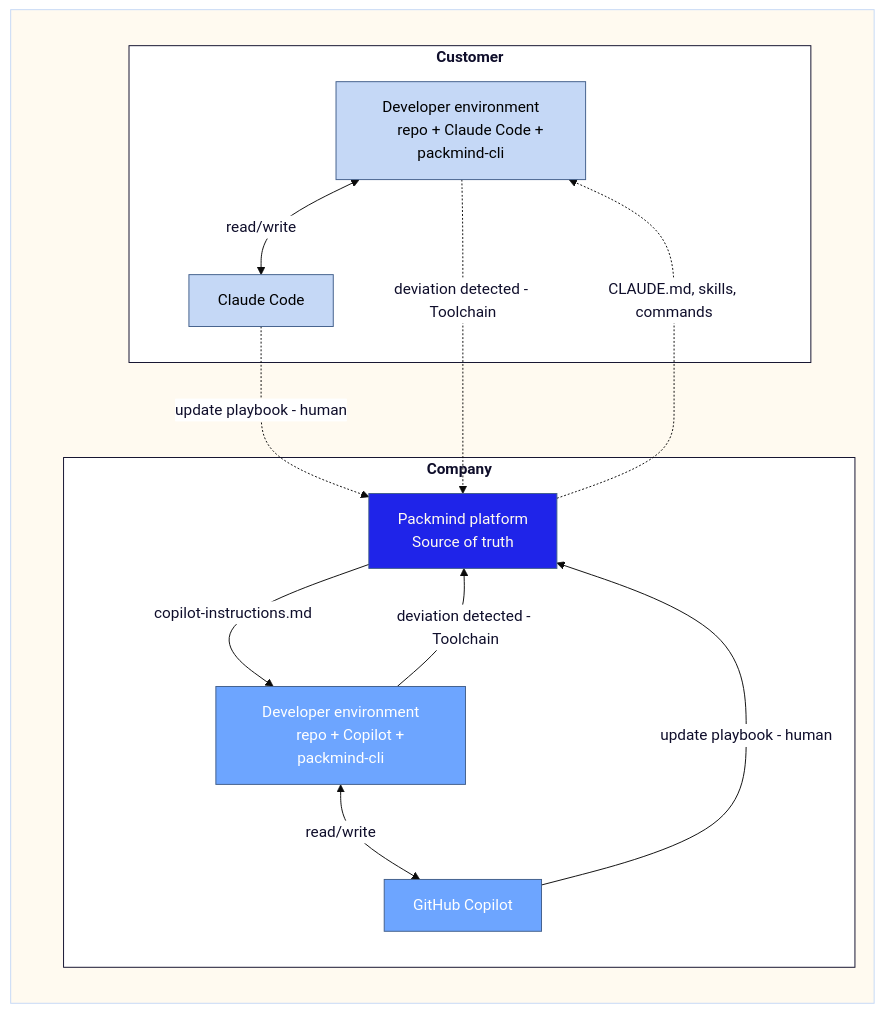
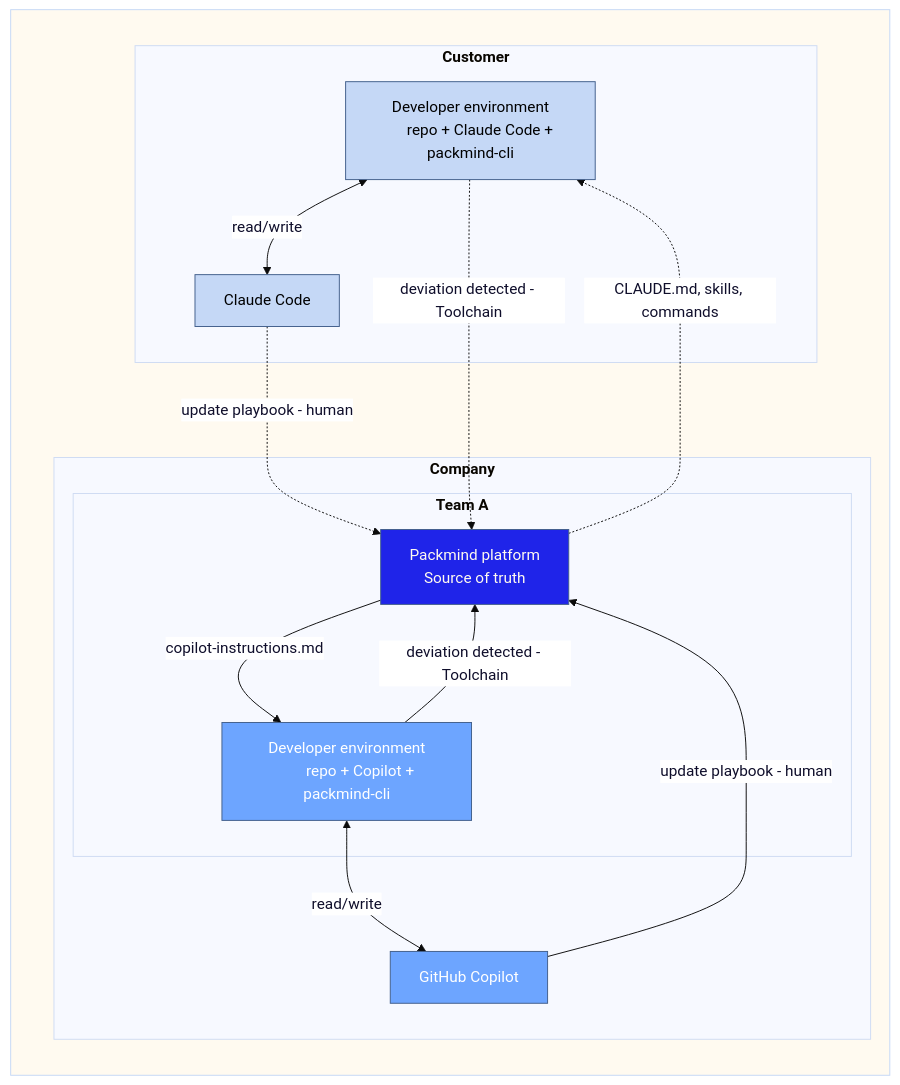
Before and after one commit to gino1902/chief-of-droids: the first of 2 diagrams in shared/elevate-theme/elevate-mermaid.md, drawn with Mermaid. The commit also changed other lines of this file, not shown here.

Commit message:
feat(elevate-theme): add cluster depth convention, fix class hierarchy v1.7

````diff
--- a/shared/elevate-theme/elevate-mermaid.md
+++ b/shared/elevate-theme/elevate-mermaid.md
@@ -28,41 +28,45 @@
 ```mermaid
 %%{init: {"theme": "base", "themeVariables": {"edgeLabelBackground": "#FFFFFF"}}}%%
 flowchart LR
-  classDef main      fill:#FFFAF0,color:#FFFAF0,stroke:#C5D8F6
-  classDef primary   fill:#1F24E9,color:#FFFAF0,stroke:#425F8B
-  classDef secondary fill:#6DA5FF,color:#FFFFFF,stroke:#425F8B
-  classDef tertiary  fill:#C5D8F6,color:#000000,stroke:#425F8B
-  classDef cluster   fill:#FFFFFF,color:#0F0E2B,stroke:#0F0E2B
-  classDef ytbc      fill:#D9E4F0,color:#3A3A4A,stroke:#425F8B
+  classDef main              fill:#FFFAF0,color:#FFFAF0,stroke:#C5D8F6
+  classDef primary           fill:#1F24E9,color:#FFFAF0,stroke:#425F8B
+  classDef secondary         fill:#6DA5FF,color:#FFFFFF,stroke:#425F8B
+  classDef tertiary          fill:#C5D8F6,color:#000000,stroke:#425F8B
+  classDef primary_cluster   fill:#FFFFFF,color:#0F0E2B,stroke:#0F0E2B
+  classDef secondary_cluster fill:#FFFAF0,color:#0F0E2B,stroke:#0F0E2B
+  classDef ytbc              fill:#D9E4F0,color:#3A3A4A,stroke:#425F8B
   linkStyle default color:#0F0E2B
 
   subgraph Main
     subgraph "`**Company**`"
-      PM[Packmind platform
-      Source of truth]
-      DEV[Developer environment
-      repo + Copilot + packmind-cli]
+      subgraph "`**Team A**`"
+        PM[Packmind platform
+        Source of truth]
+        DEV[Developer environment
+        repo + Copilot + packmind-cli]
+      end
       GH[GitHub Copilot]
     end
     subgraph "`**Customer**`"
       C_DEV[Developer environment
       repo + Claude Code + packmind-cli]
       C_CC[Claude Code]
     end
   end
 
   PM -->|copilot-instructions.md| DEV
   PM -.->|CLAUDE.md, skills, commands| C_DEV
   DEV <-->|read/write| GH
   C_DEV <-->|read/write| C_CC
   GH -->|update playbook - human| PM
   C_CC -.->|update playbook - human| PM
   DEV -->|deviation detected - Toolchain| PM
   C_DEV -.->|deviation detected - Toolchain| PM
 
   class PM primary
   class DEV,GH secondary
   class C_DEV,C_CC tertiary
-  class Company,Customer cluster
+  class TeamA secondary_cluster
+  class Company,Customer primary_cluster
   class Main main
 ```
````
